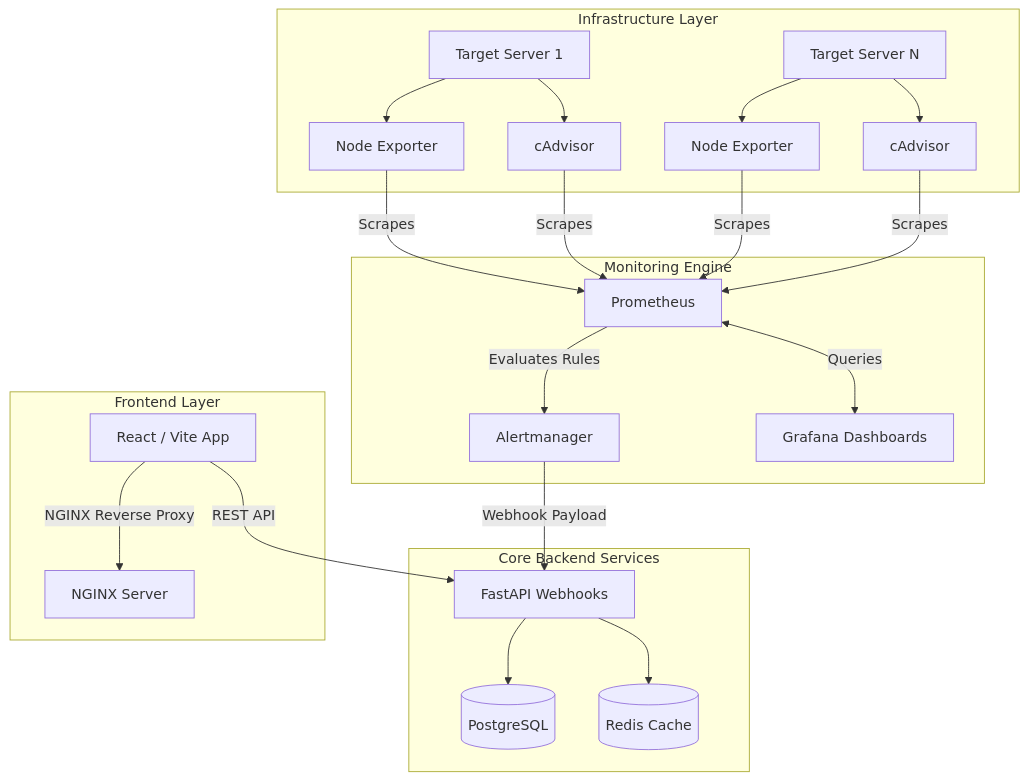
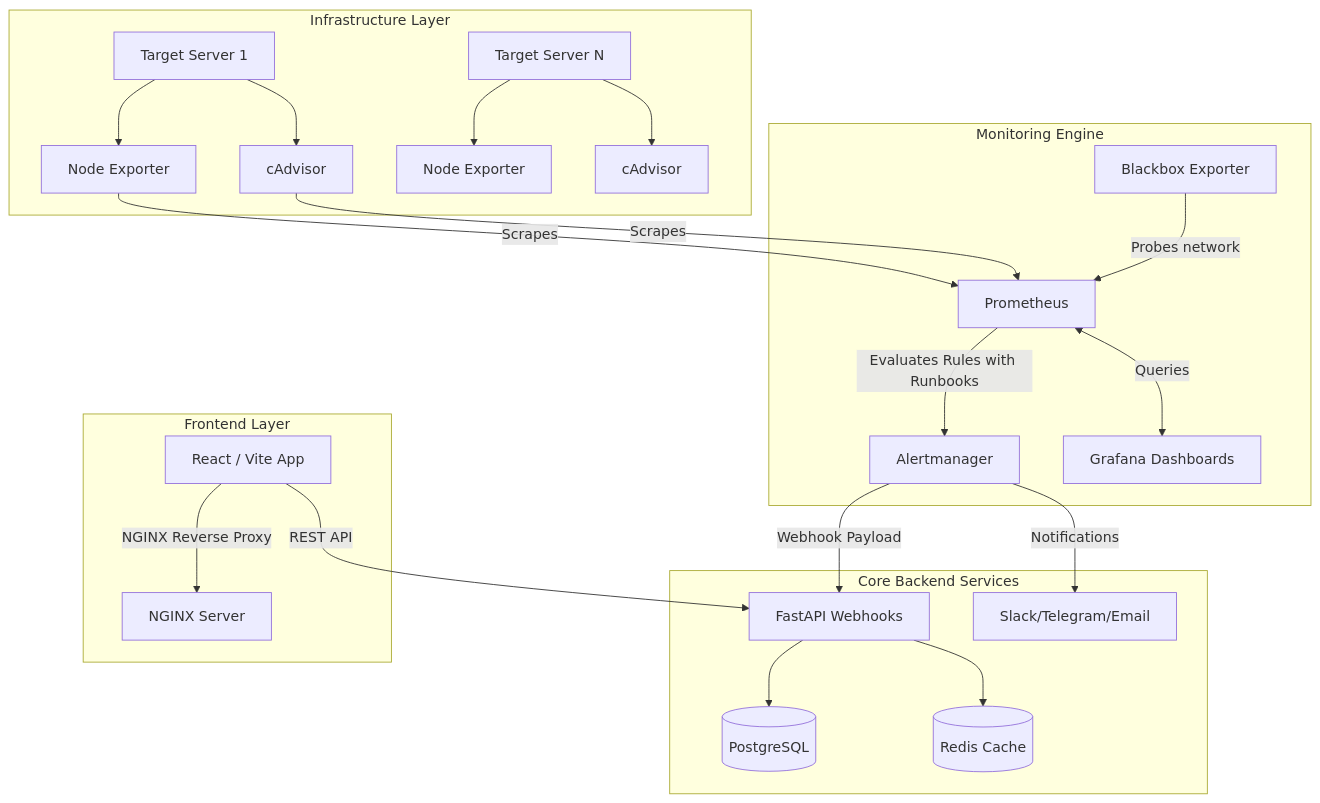
One commit to Anand-Bora-0001/observability-platform changed the first of 2 diagrams in README.md. Above: the diagram before and after it, drawn with Mermaid. The commit also changed other lines of this file and 17 other files, not shown here.

````diff
--- a/README.md
+++ b/README.md
@@ -13,30 +23,30 @@
 ```mermaid
 graph TD
     subgraph "Infrastructure Layer"
         Host1[Target Server 1] --> NE1[Node Exporter]
         Host1 --> CA1[cAdvisor]
         Host2[Target Server N] --> NE2[Node Exporter]
         Host2 --> CA2[cAdvisor]
     end
 
     subgraph "Monitoring Engine"
         NE1 -->|Scrapes| Prom[Prometheus]
         CA1 -->|Scrapes| Prom
-        NE2 -->|Scrapes| Prom
-        CA2 -->|Scrapes| Prom
+        BB[Blackbox Exporter] -->|Probes network| Prom
         
-        Prom -->|Evaluates Rules| AM[Alertmanager]
+        Prom -->|Evaluates Rules with Runbooks| AM[Alertmanager]
         Prom <-->|Queries| Grafana[Grafana Dashboards]
     end
 
     subgraph "Core Backend Services"
         AM -->|Webhook Payload| API[FastAPI Webhooks]
+        AM -->|Notifications| Chat[Slack/Telegram/Email]
         API --> DB[(PostgreSQL)]
         API --> Redis[(Redis Cache)]
     end
 
     subgraph "Frontend Layer"
         UI[React / Vite App] -->|REST API| API
         UI -->|NGINX Reverse Proxy| NGINX[NGINX Server]
     end
 ```
````
